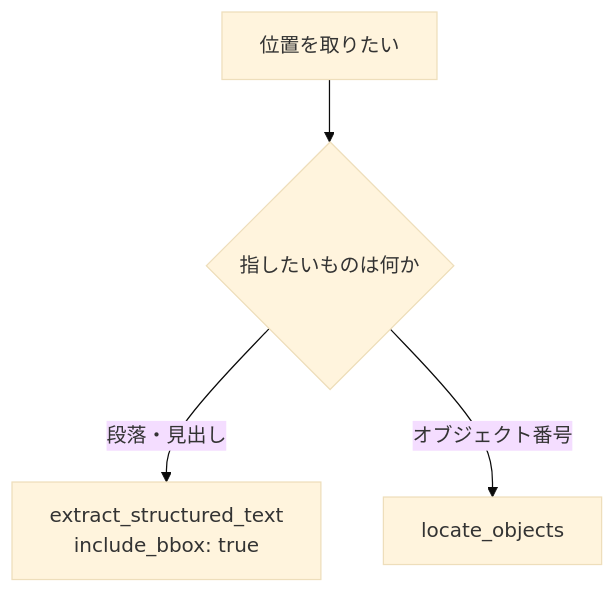
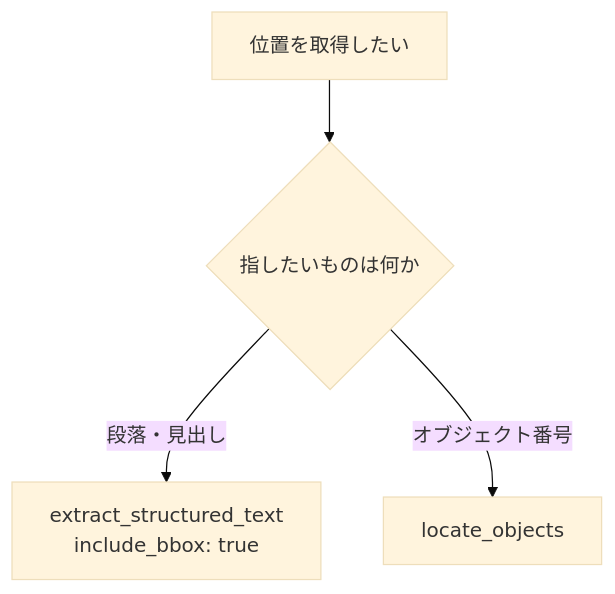
The third of 3 diagrams in site/docs/ja/mcp/pdf-reader.md (shuji-bonji/pdf-agent-stack), drawn with Mermaid (base theme) before and after one commit. The commit also changed other lines of this file and 8 other files, not shown here.

````diff
--- a/site/docs/ja/mcp/pdf-reader.md
+++ b/site/docs/ja/mcp/pdf-reader.md
@@ -154,6 +154,6 @@
 ```mermaid
 flowchart TD
-  P["位置を取りたい"] --> Q{"指したいものは何か"}
+  P["位置を取得したい"] --> Q{"指したいものは何か"}
   Q -->|段落・見出し| BBOX["extract_structured_text<br/>include_bbox: true"]
   Q -->|オブジェクト番号| LOC["locate_objects"]
 ```
````
